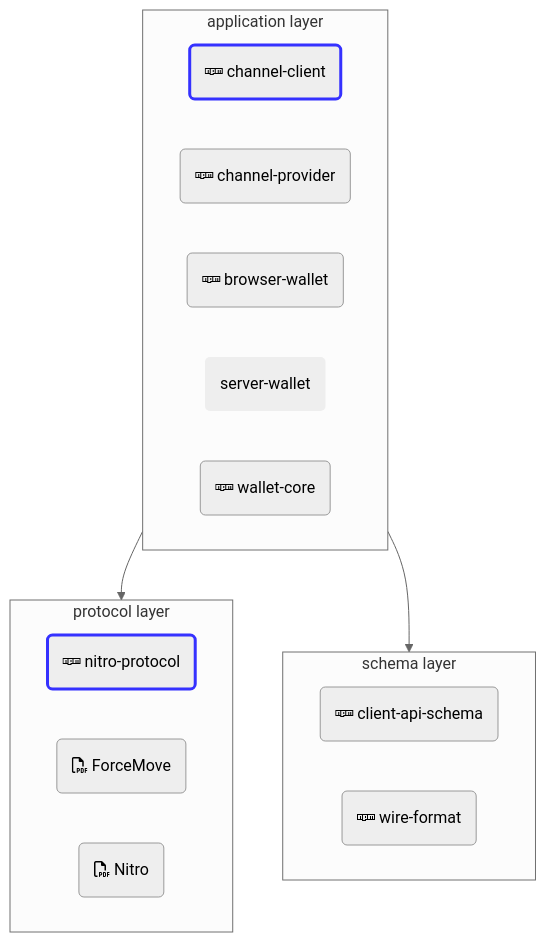
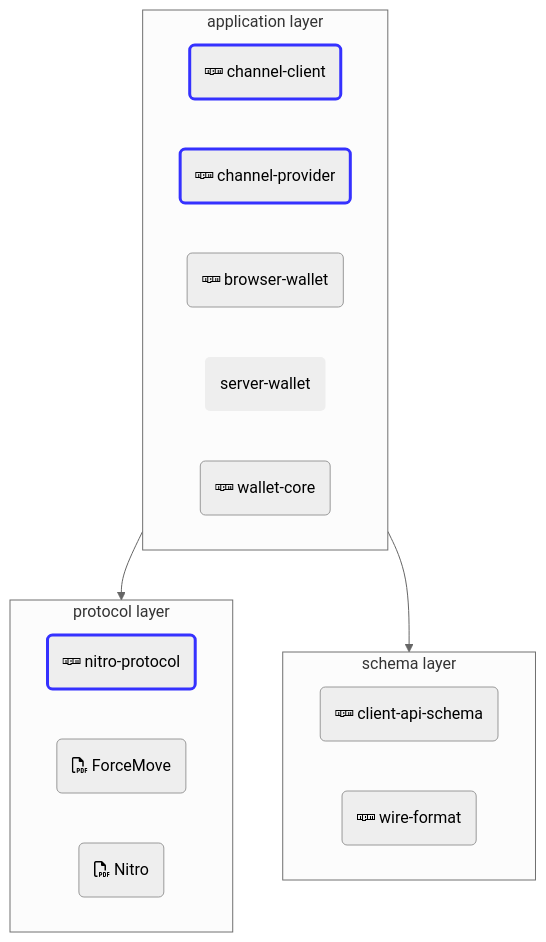
One commit to statechannels/statechannels changed the diagram in packages/nitro-protocol/docs/products.md. Above: the diagram before and after it, drawn with Mermaid (neutral theme).

Commit message:
Make channel provider "documented"

```diff
--- a/packages/nitro-protocol/docs/products.md
+++ b/packages/nitro-protocol/docs/products.md
@@ -8,54 +8,55 @@
 <div class="mermaid" align="center">
 flowchart TB;
 linkStyle default interpolate basis
 subgraph A [application layer]
 channelclient("fab:fa-npm channel-client")
 channelprovider("fab:fa-npm channel-provider")
 browserwallet("fab:fa-npm browser-wallet")
 serverwallet("server-wallet")
 walletcore("fab:fa-npm wallet-core")
 end
 subgraph P [protocol layer]
 nitroprotocol("fab:fa-npm nitro-protocol")
 forcemovePDF("far:fa-file-pdf ForceMove")
 nitroPDF("far:fa-file-pdf Nitro")
 end
 subgraph S [schema layer]
 apischema("fab:fa-npm client-api-schema")
 wireformat("fab:fa-npm wire-format")
 end
 %% applicationz("web applications")
 A --> P;
 A --> S;
 %% dependency arrows suppressed for now, they make the diagram too busy
 %% channelclient--> channelprovider;
 %% channelclient--> apischema;
 %% applicationz--> nitroprotocol;
 %% applicationz--> channelclient;
 %% applicationz--> channelprovider;
 %% browserwallet--> apischema;
 %% browserwallet--> walletcore;
 %% browserwallet--> wireformat;
 %% browserwallet--> nitroprotocol;
 %% serverwallet--> walletcore;
 %% serverwallet--> wireformat;
 %% nitroprotocol--> nitroPDF;
 %% nitroprotocol--> forcemovePDF;
 %% walletcore--> nitroprotocol;
 %% walletcore--> wireformat;
 click nitroprotocol "https://www.npmjs.com/package/@statechannels/nitro-protocol";
 click channelclient "https://www.npmjs.com/package/@statechannels/channel-client";
 click channelprovider "https://www.npmjs.com/package/@statechannels/channel-provider";
 click browserwallet "https://www.npmjs.com/package/@statechannels/xstate-wallet";
 click walletcore "https://www.npmjs.com/package/@statechannels/wallet-core";
 click apischema "https://www.npmjs.com/package/@statechannels/client-api-schema";
 click wireformat "https://www.npmjs.com/package/@statechannels/wire-format";
 click forcemovePDF "https://magmo.com/force-move-games.pdf";
 click nitroPDF "https://magmo.com/nitro-protocol.pdf";
 click serverwallet "https://github.com/statechannels/statechannels";
 classDef unpublished stroke:#3531FF,stroke-width:0px;
 classDef documented stroke:#3531FF,stroke-width:3px;
 class serverwallet unpublished;
 class nitroprotocol documented;
 class channelclient documented;
+class channelprovider documented;
 </div>
```
